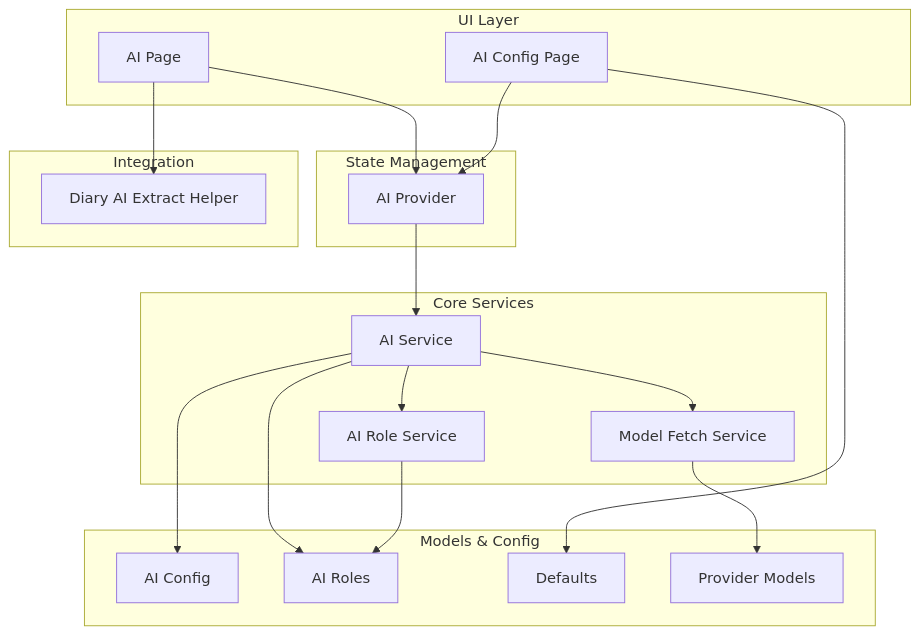
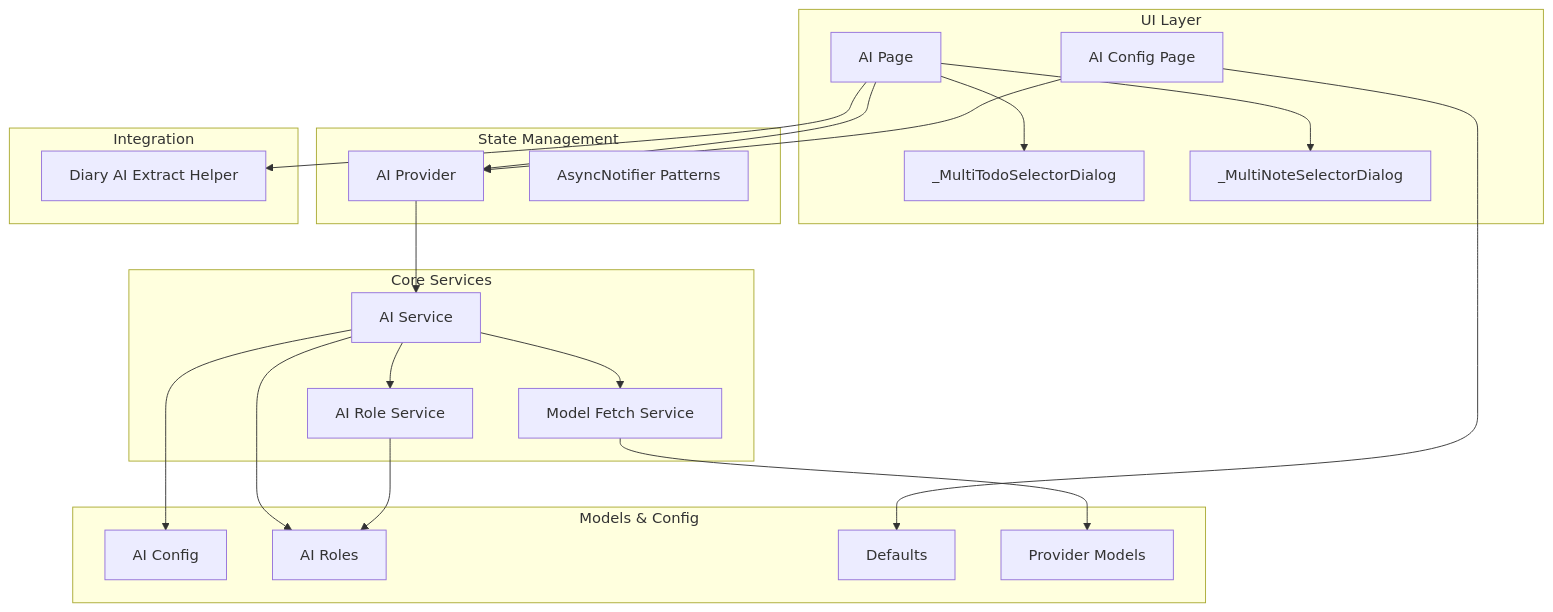
One commit to favoroo/QNote changed the first of 5 diagrams in .qoder/repowiki/en/content/Core Features/AI Integration.md. Above: the diagram before and after it, drawn with Mermaid. The commit also changed other lines of this file and 65 other files, not shown here.

First line of the commit message:
docs: 新增项目文档与配置文件，修复AI提取与热力图问题

````diff
--- a/.qoder/repowiki/en/content/Core Features/AI Integration.md
+++ b/.qoder/repowiki/en/content/Core Features/AI Integration.md
@@ -49,35 +54,40 @@
 ```mermaid
 graph TB
 subgraph "UI Layer"
 AIPage["AI Page"]
 AIConfigPage["AI Config Page"]
+MultiTodoDialog["_MultiTodoSelectorDialog"]
+MultiNoteDialog["_MultiNoteSelectorDialog"]
 end
 subgraph "State Management"
 AIProvider["AI Provider"]
+AsyncNotifier["AsyncNotifier Patterns"]
 end
 subgraph "Core Services"
 AIService["AI Service"]
 AIRoleService["AI Role Service"]
 ModelFetchService["Model Fetch Service"]
 end
 subgraph "Models & Config"
 AIConfig["AI Config"]
 AIRoles["AI Roles"]
 Defaults["Defaults"]
 Providers["Provider Models"]
 end
 subgraph "Integration"
 DiaryHelper["Diary AI Extract Helper"]
 end
 AIPage --> AIProvider
 AIConfigPage --> AIProvider
+AIPage --> MultiTodoDialog
+AIPage --> MultiNoteDialog
 AIProvider --> AIService
 AIService --> AIRoleService
 AIService --> ModelFetchService
 AIService --> AIConfig
 AIService --> AIRoles
 AIRoleService --> AIRoles
 ModelFetchService --> Providers
 AIPage --> DiaryHelper
 AIConfigPage --> Defaults
 ```
````
